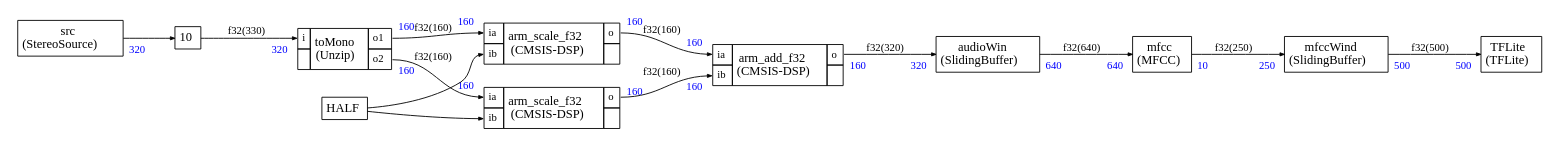
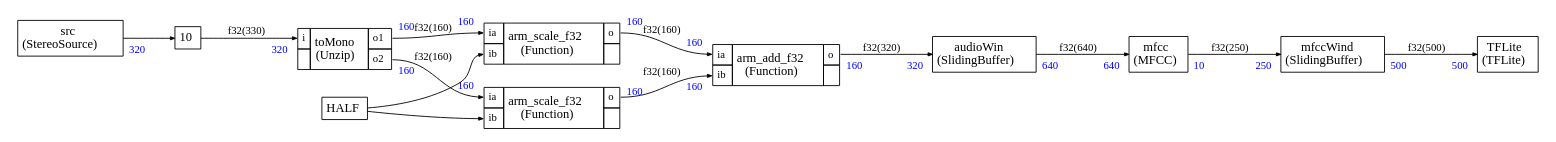
The diagram in Examples/example2/test.dot (ARM-software/CMSIS-Stream), drawn with Graphviz before and after one commit. The commit also changed 35 other files, not shown here.

```diff
--- a/Examples/example2/test.dot
+++ b/Examples/example2/test.dot
@@ -1,187 +1,187 @@
 
 
 
 
 digraph structs {
     bgcolor = "white"
     node [shape=plaintext,color="black",fontcolor="black",fontname="Times-Roman"]
     rankdir=LR
     edge [arrowsize="0.5",color="black",fontcolor="black",fontname="Times-Roman"]
 
 
 TFLite [label=<
 <TABLE color="black" bgcolor="none" BORDER="0" CELLBORDER="1" CELLSPACING="0" CELLPADDING="4">
   <TR>
     <TD ALIGN="CENTER" PORT="i"><FONT COLOR="black" POINT-SIZE="14.0">TFLite<BR/>(TFLite)</FONT></TD>
   </TR>
 </TABLE>>];
 
 
 arm_add_f321 [label=<
 <TABLE color="black" bgcolor="none" BORDER="0" CELLBORDER="1" CELLSPACING="0" CELLPADDING="4">
   <TR>
     <TD PORT="ia"><FONT POINT-SIZE="12.0" COLOR="black">ia</FONT></TD>
-    <TD ALIGN="CENTER" ROWSPAN="2"><FONT COLOR="black" POINT-SIZE="14.0">arm_add_f32<BR/>(CMSIS-DSP)</FONT></TD>
+    <TD ALIGN="CENTER" ROWSPAN="2"><FONT COLOR="black" POINT-SIZE="14.0">arm_add_f32<BR/>(Function)</FONT></TD>
     <TD PORT="o"><FONT POINT-SIZE="12.0" COLOR="black">o</FONT></TD>
   </TR>
 <TR>
 <TD PORT="ib"><FONT POINT-SIZE="12.0" COLOR="black">ib</FONT></TD>
 
  
 <TD></TD></TR>
 
 </TABLE>>];
 
 
 arm_scale_f321 [label=<
 <TABLE color="black" bgcolor="none" BORDER="0" CELLBORDER="1" CELLSPACING="0" CELLPADDING="4">
   <TR>
     <TD PORT="ia"><FONT POINT-SIZE="12.0" COLOR="black">ia</FONT></TD>
-    <TD ALIGN="CENTER" ROWSPAN="2"><FONT COLOR="black" POINT-SIZE="14.0">arm_scale_f32<BR/>(CMSIS-DSP)</FONT></TD>
+    <TD ALIGN="CENTER" ROWSPAN="2"><FONT COLOR="black" POINT-SIZE="14.0">arm_scale_f32<BR/>(Function)</FONT></TD>
     <TD PORT="o"><FONT POINT-SIZE="12.0" COLOR="black">o</FONT></TD>
   </TR>
 <TR>
 <TD PORT="ib"><FONT POINT-SIZE="12.0" COLOR="black">ib</FONT></TD>
 
  
 <TD></TD></TR>
 
 </TABLE>>];
 
 
 arm_scale_f322 [label=<
 <TABLE color="black" bgcolor="none" BORDER="0" CELLBORDER="1" CELLSPACING="0" CELLPADDING="4">
   <TR>
     <TD PORT="ia"><FONT POINT-SIZE="12.0" COLOR="black">ia</FONT></TD>
-    <TD ALIGN="CENTER" ROWSPAN="2"><FONT COLOR="black" POINT-SIZE="14.0">arm_scale_f32<BR/>(CMSIS-DSP)</FONT></TD>
+    <TD ALIGN="CENTER" ROWSPAN="2"><FONT COLOR="black" POINT-SIZE="14.0">arm_scale_f32<BR/>(Function)</FONT></TD>
     <TD PORT="o"><FONT POINT-SIZE="12.0" COLOR="black">o</FONT></TD>
   </TR>
 <TR>
 <TD PORT="ib"><FONT POINT-SIZE="12.0" COLOR="black">ib</FONT></TD>
 
  
 <TD></TD></TR>
 
 </TABLE>>];
 
 audioWin [label=<
 <TABLE color="black" bgcolor="none" BORDER="0" CELLBORDER="1" CELLSPACING="0" CELLPADDING="4">
   <TR>
     <TD ALIGN="CENTER" PORT="i"><FONT COLOR="black" POINT-SIZE="14.0">audioWin<BR/>(SlidingBuffer)</FONT></TD>
   </TR>
 </TABLE>>];
 
 mfcc [label=<
 <TABLE color="black" bgcolor="none" BORDER="0" CELLBORDER="1" CELLSPACING="0" CELLPADDING="4">
   <TR>
     <TD ALIGN="CENTER" PORT="i"><FONT COLOR="black" POINT-SIZE="14.0">mfcc<BR/>(MFCC)</FONT></TD>
   </TR>
 </TABLE>>];
 
 mfccWind [label=<
 <TABLE color="black" bgcolor="none" BORDER="0" CELLBORDER="1" CELLSPACING="0" CELLPADDING="4">
   <TR>
     <TD ALIGN="CENTER" PORT="i"><FONT COLOR="black" POINT-SIZE="14.0">mfccWind<BR/>(SlidingBuffer)</FONT></TD>
   </TR>
 </TABLE>>];
 
 src [label=<
 <TABLE color="black" bgcolor="none" BORDER="0" CELLBORDER="1" CELLSPACING="0" CELLPADDING="4">
   <TR>
     <TD ALIGN="CENTER" PORT="i"><FONT COLOR="black" POINT-SIZE="14.0">src<BR/>(StereoSource)</FONT></TD>
   </TR>
 </TABLE>>];
 
 
 toMono [label=<
 <TABLE color="black" bgcolor="none" BORDER="0" CELLBORDER="1" CELLSPACING="0" CELLPADDING="4">
   <TR>
     <TD PORT="i"><FONT POINT-SIZE="12.0" COLOR="black">i</FONT></TD>
     <TD ALIGN="CENTER" ROWSPAN="2"><FONT COLOR="black" POINT-SIZE="14.0">toMono<BR/>(Unzip)</FONT></TD>
     <TD PORT="o1"><FONT POINT-SIZE="12.0" COLOR="black">o1</FONT></TD>
   </TR>
 <TR>
  
 <TD></TD>
 <TD PORT="o2"><FONT POINT-SIZE="12.0" COLOR="black">o2</FONT></TD>
 </TR>
 
 </TABLE>>];
 
 
 srctoMonoDelay [label=<
 <TABLE color="black" bgcolor="none" BORDER="0" CELLBORDER="1" CELLSPACING="0" CELLPADDING="4">
   <TR>
     <TD ALIGN="CENTER" PORT="i"><FONT COLOR="black" POINT-SIZE="14.0">10</FONT></TD>
   </TR>
 </TABLE>>];
 
 
 src:i -> srctoMonoDelay:i [style="solid",color="black",label="",taillabel=<<TABLE BORDER="0" CELLPADDING="4"><TR><TD><FONT COLOR="blue" POINT-SIZE="12.0" >320</FONT>
 </TD></TR></TABLE>>]
 
 srctoMonoDelay:i -> toMono:i [style="solid",color="black",fontsize="12.0",fontcolor="black",label=<f32(330)>
 ,headlabel=<<TABLE BORDER="0" CELLPADDING="4"><TR><TD><FONT COLOR="blue" POINT-SIZE="12.0" >320</FONT>
 </TD></TR></TABLE>>]
 
 
 toMono:o1 -> arm_scale_f321:ia [style="solid",color="black",fontsize="12.0",fontcolor="black",label=<f32(160)>
 ,headlabel=<<TABLE BORDER="0" CELLPADDING="4"><TR><TD><FONT COLOR="blue" POINT-SIZE="12.0" >160</FONT>
 </TD></TR></TABLE>>
 ,taillabel=<<TABLE BORDER="0" CELLPADDING="4"><TR><TD><FONT COLOR="blue" POINT-SIZE="12.0" >160</FONT>
 </TD></TR></TABLE>>]
 
 toMono:o2 -> arm_scale_f322:ia [style="solid",color="black",fontsize="12.0",fontcolor="black",label=<f32(160)>
 ,headlabel=<<TABLE BORDER="0" CELLPADDING="4"><TR><TD><FONT COLOR="blue" POINT-SIZE="12.0" >160</FONT>
 </TD></TR></TABLE>>
 ,taillabel=<<TABLE BORDER="0" CELLPADDING="4"><TR><TD><FONT COLOR="blue" POINT-SIZE="12.0" >160</FONT>
 </TD></TR></TABLE>>]
 
 arm_scale_f321:o -> arm_add_f321:ia [style="solid",color="black",fontsize="12.0",fontcolor="black",label=<f32(160)>
 ,headlabel=<<TABLE BORDER="0" CELLPADDING="4"><TR><TD><FONT COLOR="blue" POINT-SIZE="12.0" >160</FONT>
 </TD></TR></TABLE>>
 ,taillabel=<<TABLE BORDER="0" CELLPADDING="4"><TR><TD><FONT COLOR="blue" POINT-SIZE="12.0" >160</FONT>
 </TD></TR></TABLE>>]
 
 arm_scale_f322:o -> arm_add_f321:ib [style="solid",color="black",fontsize="12.0",fontcolor="black",label=<f32(160)>
 ,headlabel=<<TABLE BORDER="0" CELLPADDING="4"><TR><TD><FONT COLOR="blue" POINT-SIZE="12.0" >160</FONT>
 </TD></TR></TABLE>>
 ,taillabel=<<TABLE BORDER="0" CELLPADDING="4"><TR><TD><FONT COLOR="blue" POINT-SIZE="12.0" >160</FONT>
 </TD></TR></TABLE>>]
 
 arm_add_f321:o -> audioWin:i [style="solid",color="black",fontsize="12.0",fontcolor="black",label=<f32(320)>
 ,headlabel=<<TABLE BORDER="0" CELLPADDING="4"><TR><TD><FONT COLOR="blue" POINT-SIZE="12.0" >320</FONT>
 </TD></TR></TABLE>>
 ,taillabel=<<TABLE BORDER="0" CELLPADDING="4"><TR><TD><FONT COLOR="blue" POINT-SIZE="12.0" >160</FONT>
 </TD></TR></TABLE>>]
 
 audioWin:i -> mfcc:i [style="solid",color="black",fontsize="12.0",fontcolor="black",label=<f32(640)>
 ,headlabel=<<TABLE BORDER="0" CELLPADDING="4"><TR><TD><FONT COLOR="blue" POINT-SIZE="12.0" >640</FONT>
 </TD></TR></TABLE>>
 ,taillabel=<<TABLE BORDER="0" CELLPADDING="4"><TR><TD><FONT COLOR="blue" POINT-SIZE="12.0" >640</FONT>
 </TD></TR></TABLE>>]
 
 mfcc:i -> mfccWind:i [style="solid",color="black",fontsize="12.0",fontcolor="black",label=<f32(250)>
 ,headlabel=<<TABLE BORDER="0" CELLPADDING="4"><TR><TD><FONT COLOR="blue" POINT-SIZE="12.0" >250</FONT>
 </TD></TR></TABLE>>
 ,taillabel=<<TABLE BORDER="0" CELLPADDING="4"><TR><TD><FONT COLOR="blue" POINT-SIZE="12.0" >10</FONT>
 </TD></TR></TABLE>>]
 
 mfccWind:i -> TFLite:i [style="solid",color="black",fontsize="12.0",fontcolor="black",label=<f32(500)>
 ,headlabel=<<TABLE BORDER="0" CELLPADDING="4"><TR><TD><FONT COLOR="blue" POINT-SIZE="12.0" >500</FONT>
 </TD></TR></TABLE>>
 ,taillabel=<<TABLE BORDER="0" CELLPADDING="4"><TR><TD><FONT COLOR="blue" POINT-SIZE="12.0" >500</FONT>
 </TD></TR></TABLE>>]
 
 HALF [label=<
 <TABLE color="black" bgcolor="none" BORDER="0" CELLBORDER="1" CELLSPACING="0" CELLPADDING="4">
   <TR>
     <TD ALIGN="CENTER" PORT="i"><FONT COLOR="black" POINT-SIZE="14.0">HALF</FONT></TD>
   </TR>
 </TABLE>>];
 
 HALF:i -> arm_scale_f321:ib
  [style="solid",color="black"]
 HALF:i -> arm_scale_f322:ib
  [style="solid",color="black"]
 }
```
